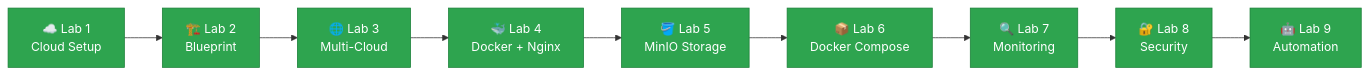
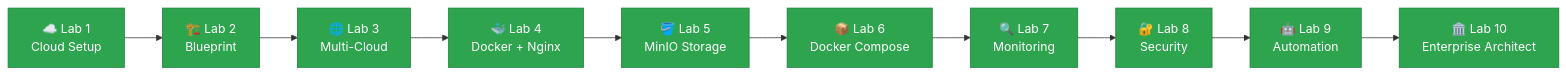
One commit to MikashitaDezu/CCM101-cerabanillo changed the diagram in README.md. Above: the diagram before and after it, drawn with Mermaid. The commit also changed other lines of this file, not shown here.

Commit message:
Update README with lab completion and skills

````diff
--- a/README.md
+++ b/README.md
@@ -187,14 +216,15 @@
 ```mermaid
 flowchart LR
     L1["☁️ Lab 1<br/>Cloud Setup"] --> L2["🏗️ Lab 2<br/>Blueprint"]
     L2 --> L3["🌐 Lab 3<br/>Multi-Cloud"]
     L3 --> L4["🐳 Lab 4<br/>Docker + Nginx"]
     L4 --> L5["🪣 Lab 5<br/>MinIO Storage"]
     L5 --> L6["📦 Lab 6<br/>Docker Compose"]
     L6 --> L7["🔍 Lab 7<br/>Monitoring"]
     L7 --> L8["🔐 Lab 8<br/>Security"]
     L8 --> L9["🤖 Lab 9<br/>Automation"]
+    L9 --> L10["🏛️ Lab 10<br/>Enterprise Architect"]
 
     classDef done fill:#2ea44f,stroke:#1a7f37,color:#ffffff;
-    class L1,L2,L3,L4,L5,L6,L7,L8,L9 done;
+    class L1,L2,L3,L4,L5,L6,L7,L8,L9,L10 done;
 ```
````
